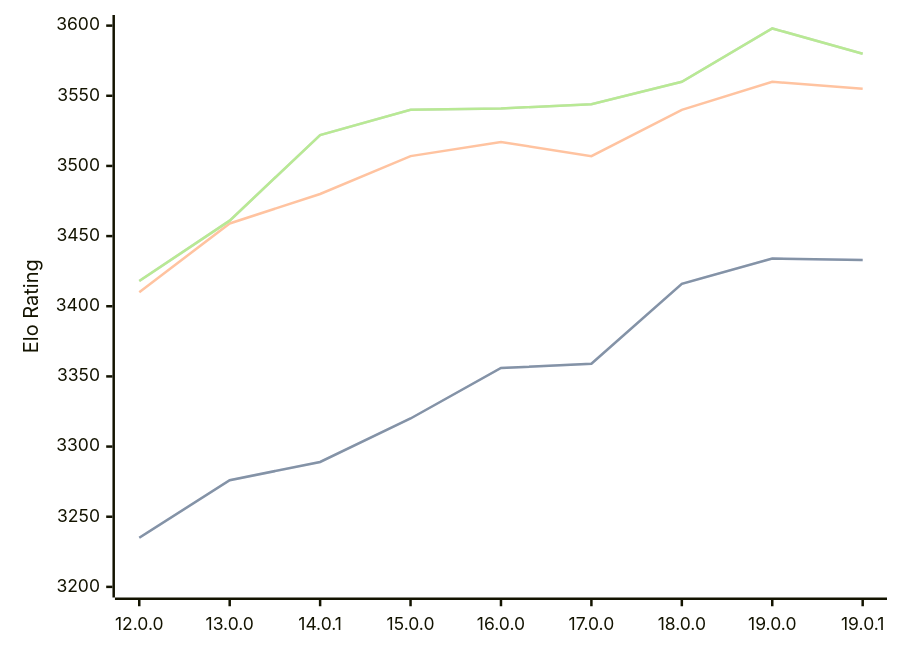
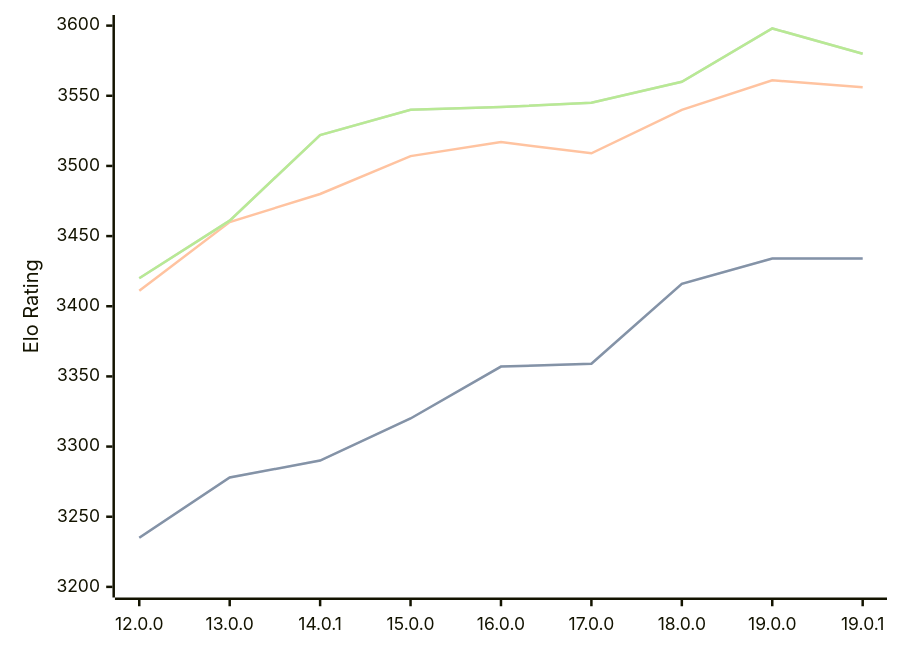
One commit to computer-chess-index/cci changed the diagram in engines/Viridithas.md. Above: the diagram before and after it, drawn with Mermaid. The commit also changed other lines of this file, not shown here.

Commit message:
Update CCI Ratings (ELO VLTC) - 2026-04-12

````diff
--- a/engines/Viridithas.md
+++ b/engines/Viridithas.md
@@ -63,11 +63,11 @@
 ```mermaid
 %%{init: {"theme":"base","themeVariables":{"seriesColors:['#a3a3a3','#222221','#faa371']}}}%%
 xychart-beta
   x-axis ["12.0.0", "13.0.0", "14.0.1", "15.0.0", "16.0.0", "17.0.0", "18.0.0", "19.0.0", "19.0.1"]
   y-axis "Elo Rating" 3200 --> 3600
-  line "STC (8.0+0.08s)" [3235, 3276, 3289, 3320, 3356, 3359, 3416, 3434, 3433]
-  line "STC (8.0+0.08s)" [3235, 3276, 3289, 3320, 3356, 3359, 3416, 3434, 3433]
-  line "LTC (60.0+0.60s)" [3410, 3459, 3480, 3507, 3517, 3507, 3540, 3560, 3555]
-  line "VLTC (2m24s+1.12s)" [3418, 3461, 3522, 3540, 3541, 3544, 3560, 3598, 3580]
-  line "VLTC (2m24s+1.12s)" [3418, 3461, 3522, 3540, 3541, 3544, 3560, 3598, 3580]
+  line "STC (8.0+0.08s)" [3235, 3278, 3290, 3320, 3357, 3359, 3416, 3434, 3434]
+  line "STC (8.0+0.08s)" [3235, 3278, 3290, 3320, 3357, 3359, 3416, 3434, 3434]
+  line "LTC (60.0+0.60s)" [3411, 3460, 3480, 3507, 3517, 3509, 3540, 3561, 3556]
+  line "VLTC (2m24s+1.12s)" [3420, 3461, 3522, 3540, 3542, 3545, 3560, 3598, 3580]
+  line "VLTC (2m24s+1.12s)" [3420, 3461, 3522, 3540, 3542, 3545, 3560, 3598, 3580]
 ```
````
